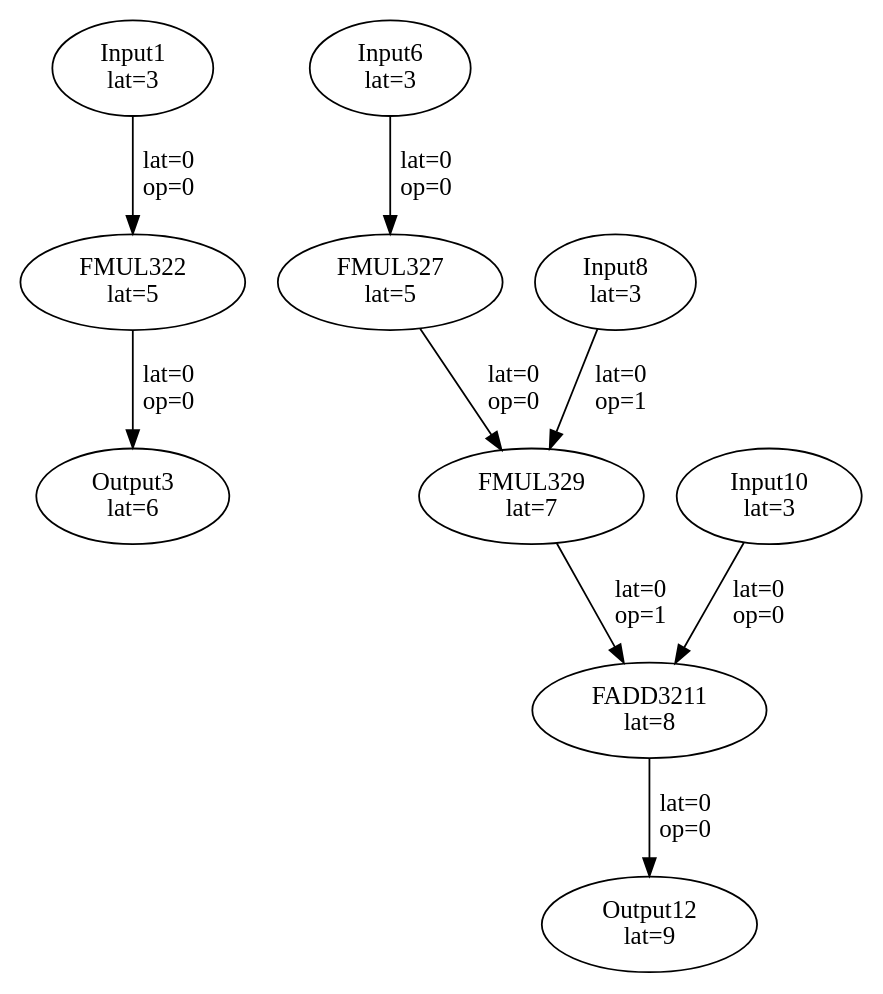
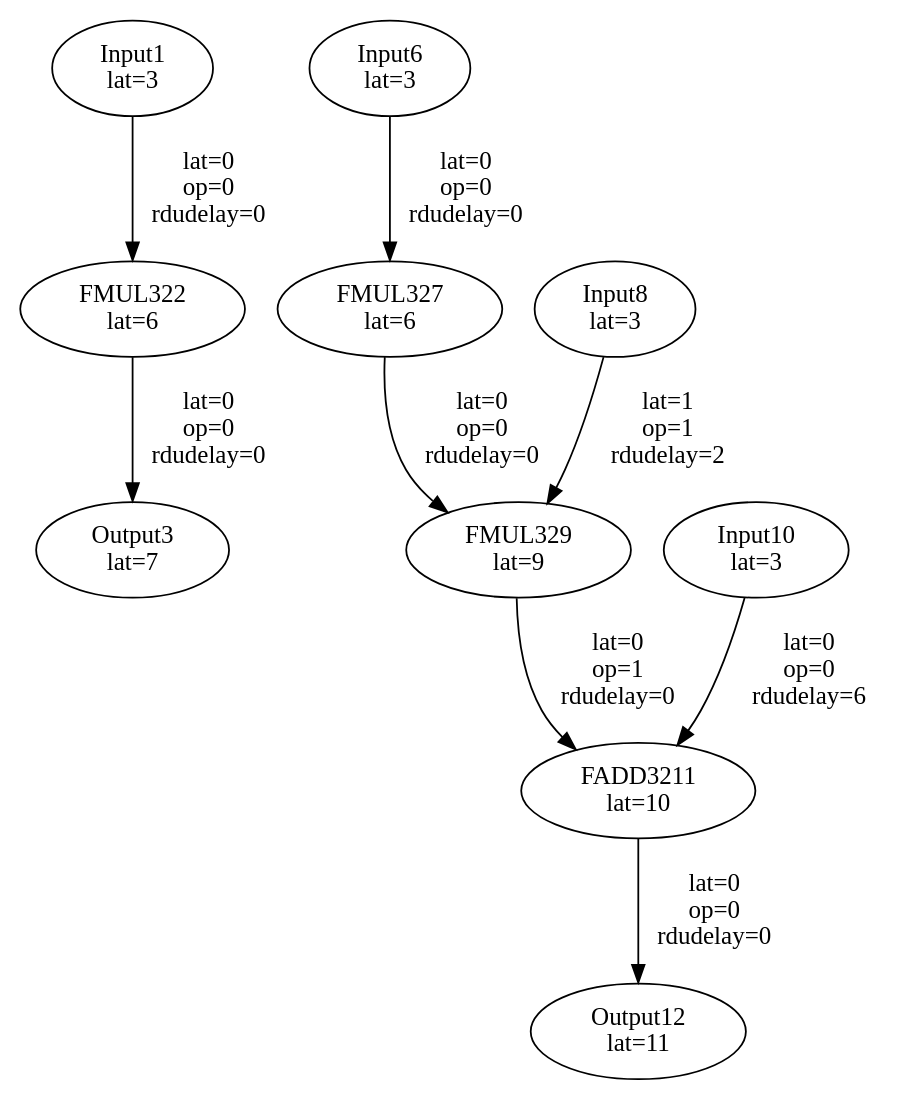
One commit to MIONkb/adora-compiler changed the diagram in experiment/Cbenchmarks/Polybench/linear-algebra/blas/gemm/IR/tempfiles/gemm_map_result/mapped_dfg.dot. Above: the diagram before and after it, drawn with Graphviz. The commit also changed 411 other files, not shown here.

```diff
--- a/experiment/Cbenchmarks/Polybench/linear-algebra/blas/gemm/IR/tempfiles/gemm_map_result/mapped_dfg.dot
+++ b/experiment/Cbenchmarks/Polybench/linear-algebra/blas/gemm/IR/tempfiles/gemm_map_result/mapped_dfg.dot
@@ -1,20 +1,20 @@
 Digraph G {
 "Input1"[label = "\N\nlat=3"];
-"FMUL322"[label = "\N\nlat=5"];
-"Input1"->"FMUL322"[label = "lat=0\nop=0"];
-"Output3"[label = "\N\nlat=6"];
-"FMUL322"->"Output3"[label = "lat=0\nop=0"];
+"FMUL322"[label = "\N\nlat=6"];
+"Input1"->"FMUL322"[label = "lat=0\nop=0\nrdudelay=0"];
+"Output3"[label = "\N\nlat=7"];
+"FMUL322"->"Output3"[label = "lat=0\nop=0\nrdudelay=0"];
 "Input6"[label = "\N\nlat=3"];
-"FMUL327"[label = "\N\nlat=5"];
-"Input6"->"FMUL327"[label = "lat=0\nop=0"];
+"FMUL327"[label = "\N\nlat=6"];
+"Input6"->"FMUL327"[label = "lat=0\nop=0\nrdudelay=0"];
 "Input8"[label = "\N\nlat=3"];
-"FMUL329"[label = "\N\nlat=7"];
-"FMUL327"->"FMUL329"[label = "lat=0\nop=0"];
-"Input8"->"FMUL329"[label = "lat=0\nop=1"];
+"FMUL329"[label = "\N\nlat=9"];
+"FMUL327"->"FMUL329"[label = "lat=0\nop=0\nrdudelay=0"];
+"Input8"->"FMUL329"[label = "lat=1\nop=1\nrdudelay=2"];
 "Input10"[label = "\N\nlat=3"];
-"FADD3211"[label = "\N\nlat=8"];
-"Input10"->"FADD3211"[label = "lat=0\nop=0"];
-"FMUL329"->"FADD3211"[label = "lat=0\nop=1"];
-"Output12"[label = "\N\nlat=9"];
-"FADD3211"->"Output12"[label = "lat=0\nop=0"];
+"FADD3211"[label = "\N\nlat=10"];
+"Input10"->"FADD3211"[label = "lat=0\nop=0\nrdudelay=6"];
+"FMUL329"->"FADD3211"[label = "lat=0\nop=1\nrdudelay=0"];
+"Output12"[label = "\N\nlat=11"];
+"FADD3211"->"Output12"[label = "lat=0\nop=0\nrdudelay=0"];
 }
```
